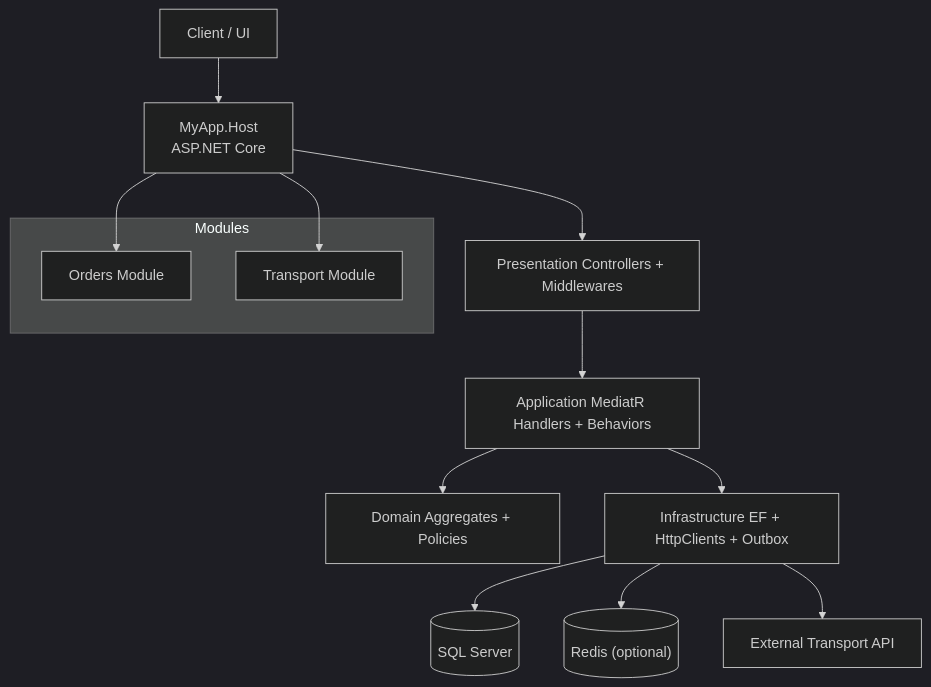
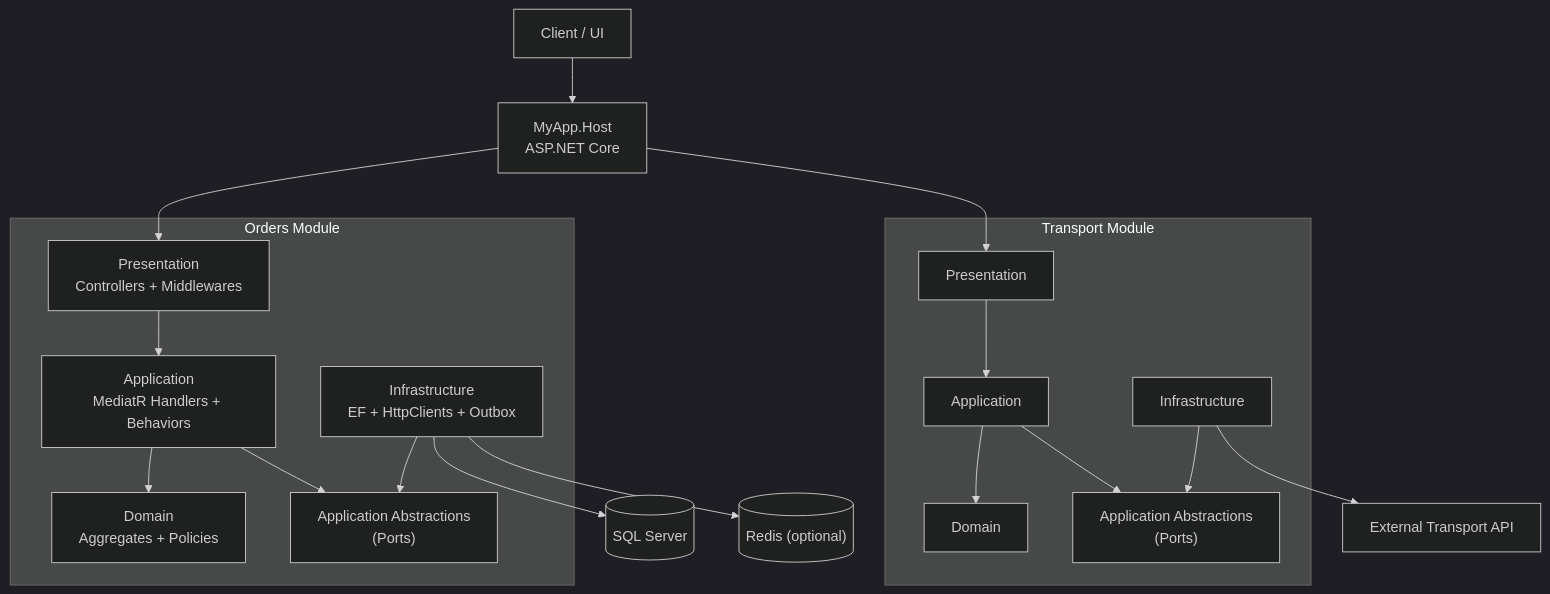
Before and after one commit to Radseq/myapp-clean-architecture-template: the first of 3 diagrams in README.md, drawn with Mermaid (dark theme). The commit also changed other lines of this file, not shown here.

Commit message:
Update Mermaid diagram in README.md

````diff
--- a/README.md
+++ b/README.md
@@ -121,21 +119,25 @@
 ```mermaid
 flowchart TB
-  user["Client / UI"] --> api["MyApp.Host\nASP.NET Core"]
+  user["Client / UI"] --> host["MyApp.Host<br/>ASP.NET Core"]
 
-  api --> pres["Presentation Controllers + Middlewares"]
-  pres --> app["Application MediatR Handlers + Behaviors"]
-  app --> dom["Domain Aggregates + Policies"]
-  app --> infra["Infrastructure EF + HttpClients + Outbox"]
-
-  infra --> db[("SQL Server")]
-  infra --> redis[("Redis (optional)")]
-  infra --> transport["External Transport API"]
-
-  subgraph Modules
-    orders["Orders Module"]
-    transportM["Transport Module"]
+  subgraph Orders["Orders Module"]
+    oPres["Presentation<br/>Controllers + Middlewares"] --> oApp["Application<br/>MediatR Handlers + Behaviors"]
+    oApp --> oDom["Domain<br/>Aggregates + Policies"]
+    oApp --> oAbst["Application Abstractions<br/>(Ports)"]
+    oInfra["Infrastructure<br/>EF + HttpClients + Outbox"] --> oAbst
   end
 
-  api --> orders
-  api --> transportM
+  subgraph Transport["Transport Module"]
+    tPres["Presentation"] --> tApp["Application"]
+    tApp --> tDom["Domain"]
+    tApp --> tAbst["Application Abstractions<br/>(Ports)"]
+    tInfra["Infrastructure"] --> tAbst
+  end
+
+  host --> oPres
+  host --> tPres
+
+  oInfra --> db[("SQL Server")]
+  oInfra --> redis[("Redis (optional)")]
+  tInfra --> transportApi["External Transport API"]
 ```
````
